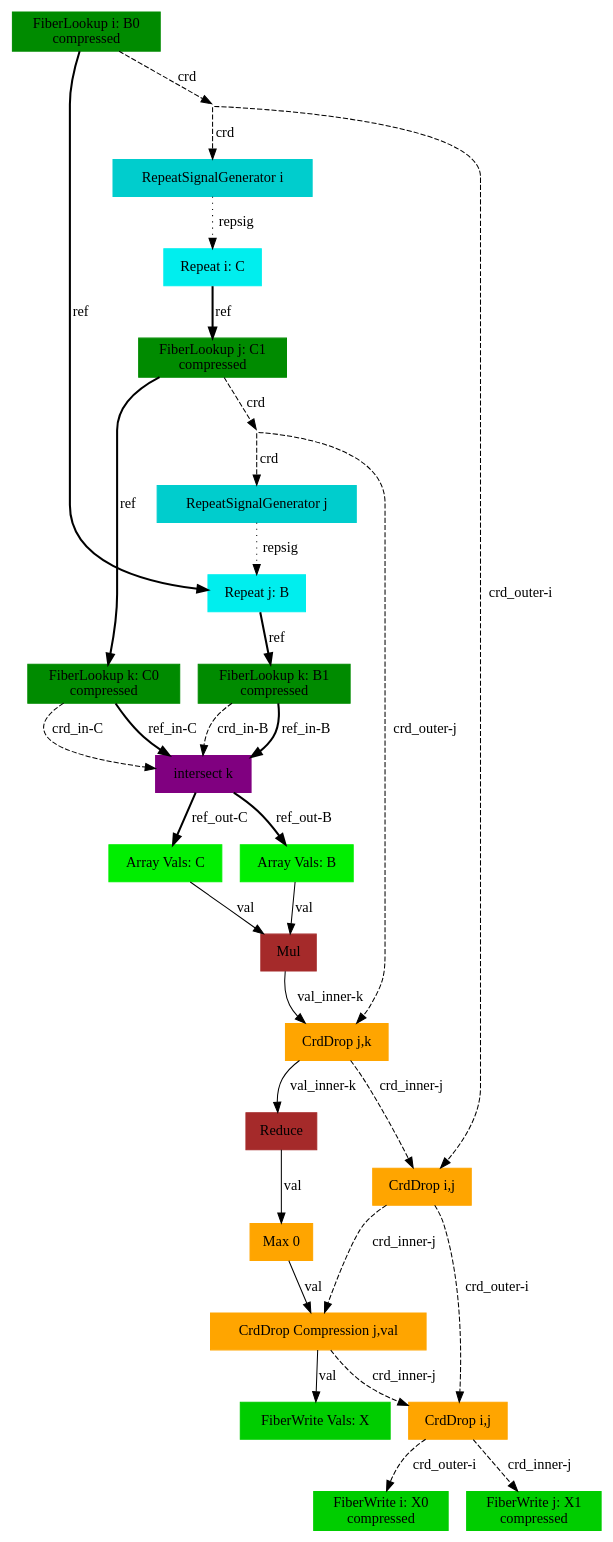
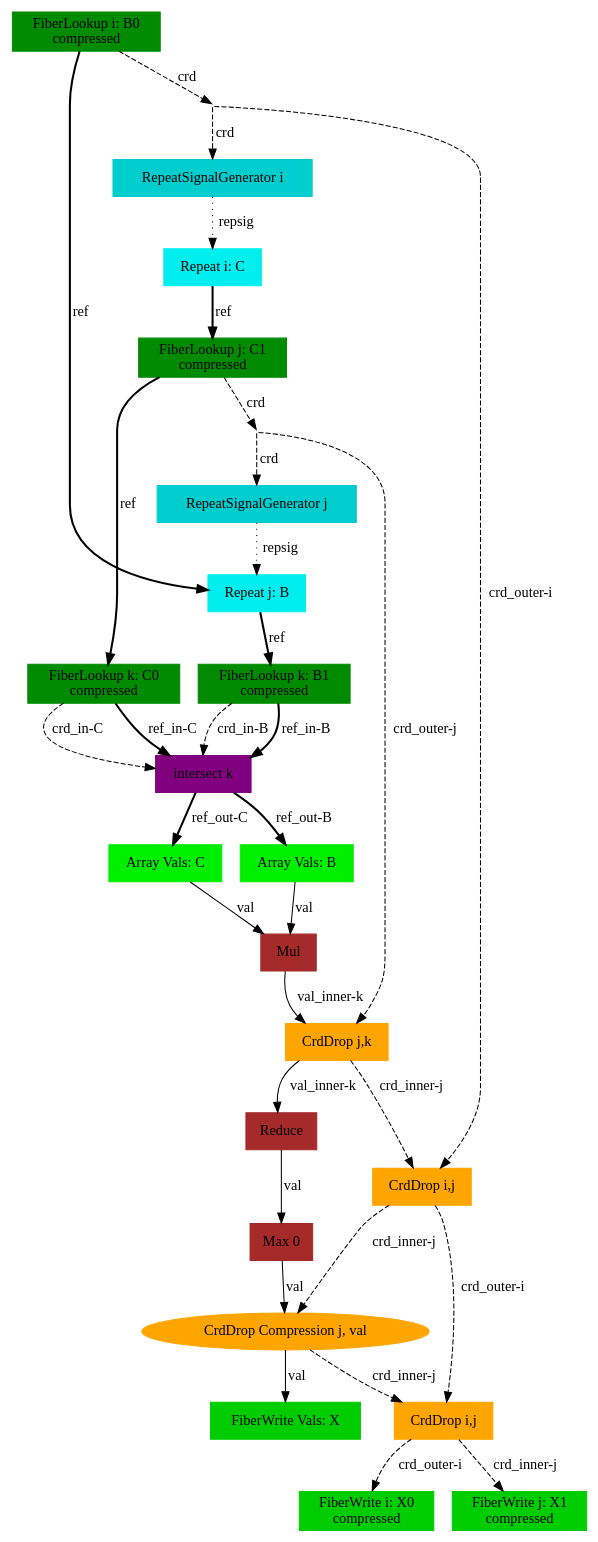
Before and after one commit to weiya711/sam: the diagram in compiler/sam-outputs/opal-dot/matmul_ijk_crddrop_relu.gv, drawn with Graphviz.

Commit message:
updated matmul_ijk_relu graph, now working on rtl

```diff
--- a/compiler/sam-outputs/opal-dot/matmul_ijk_crddrop_relu.gv
+++ b/compiler/sam-outputs/opal-dot/matmul_ijk_crddrop_relu.gv
@@ -1,60 +1,60 @@
 digraph SAM {
     comment="X=ss01,B=ss01,C=ss10"
     17 [comment="type=fiberlookup,index=i,tensor=B,mode=0,format=compressed,src=true,root=true" label="FiberLookup i: B0\ncompressed" color=green4 shape=box style=filled type="fiberlookup" index="i" tensor="B" mode="0" format="compressed" src="true" root="true"]
     16 [comment="type=broadcast" shape=point style=invis type="broadcast"]
     2 [comment="type=fiberwrite,index=i,tensor=X,mode=0,format=compressed,segsize=2,crdsize=B0_dim,sink=true" label="FiberWrite i: X0\ncompressed" color=green3 shape=box style=filled type="fiberwrite" index="i" tensor="X" mode="0" format="compressed" segsize="2" crdsize="B0_dim" sink="true"]
     15 [comment="type=repsiggen,index=i" label="RepeatSignalGenerator i" color=cyan3 shape=box style=filled type="repsiggen" index="i"]
     14 [comment="type=repeat,index=i,tensor=C,root=true" label="Repeat i: C" color=cyan2 shape=box style=filled type="repeat" index="i" tensor="C" root="true"]
     13 [comment="type=fiberlookup,index=j,tensor=C,mode=1,format=compressed,src=true,root=false" label="FiberLookup j: C1\ncompressed" color=green4 shape=box style=filled type="fiberlookup" index="j" tensor="C" mode="1" format="compressed" src="true" root="false"]
     12 [comment="type=broadcast" shape=point style=invis type="broadcast"]
     1 [comment="type=fiberwrite,index=j,tensor=X,mode=1,format=compressed,segsize=B0_dim+1,crdsize=B0_dim*C1_dim,sink=true" label="FiberWrite j: X1\ncompressed" color=green3 shape=box style=filled type="fiberwrite" index="j" tensor="X" mode="1" format="compressed" segsize="B0_dim+1" crdsize="B0_dim*C1_dim" sink="true"]
     11 [comment="type=repsiggen,index=j" label="RepeatSignalGenerator j" color=cyan3 shape=box style=filled type="repsiggen" index="j"]
     10 [comment="type=repeat,index=j,tensor=B,root=false" label="Repeat j: B" color=cyan2 shape=box style=filled type="repeat" index="j" tensor="B" root="false"]
     8 [comment="type=fiberlookup,index=k,tensor=B,mode=1,format=compressed,src=true,root=false" label="FiberLookup k: B1\ncompressed" color=green4 shape=box style=filled type="fiberlookup" index="k" tensor="B" mode="1" format="compressed" src="true" root="false"]
     7 [comment="type=intersect,index=k" label="intersect k" color=purple shape=box style=filled type="intersect" index="k"]
     5 [comment="type=arrayvals,tensor=B" label="Array Vals: B" color=green2 shape=box style=filled type="arrayvals" tensor="B"]
     4 [comment="type=mul" label="Mul" color=brown shape=box style=filled type="mul"]
     3 [comment="type=reduce" label="Reduce" color=brown shape=box style=filled type="reduce"]
     0 [comment="type=fiberwrite,mode=vals,tensor=X,size=1*B0_dim*C1_dim,sink=true" label="FiberWrite Vals: X" color=green3 shape=box style=filled type="fiberwrite" tensor="X" mode="vals" size="1*B0_dim*C1_dim" sink="true"]
     6 [comment="type=arrayvals,tensor=C" label="Array Vals: C" color=green2 shape=box style=filled type="arrayvals" tensor="C"]
     9 [comment="type=fiberlookup,index=k,tensor=C,mode=0,format=compressed,src=true,root=false" label="FiberLookup k: C0\ncompressed" color=green4 shape=box style=filled type="fiberlookup" index="k" tensor="C" mode="0" format="compressed" src="true" root="false"]
     18 [comment="type=crddrop,outer=i,inner=j" label="CrdDrop i,j" color=orange shape=box style=filled type="crddrop" outer="i" inner="j"]
     19 [comment="type=crddrop,outer=j,inner=k" label="CrdDrop j,k" color=orange shape=box style=filled type="crddrop" outer="j" inner="k"]
-    20 [comment="type=max" label="Max 0" color=orange shape=box style=filled type="max"]
-    21 [comment="type=crddrop,outer=j,inner=val,mode=0" label="CrdDrop Compression j,val" color=orange shape=box style=filled type="crddrop" outer="j" inner="val" mode="1"]
+    20 [comment="type=max" label="Max 0" color=brown shape=box style=filled type="max"]
+    21 [comment="type=crddrop,outer=j,inner=val,mode=0" label="CrdDrop Compression j, val" color=orange style=filled type="crddrop" outer="j" inner="val" mode="0"]
     22 [comment="type=crddrop,outer=i,inner=j" label="CrdDrop i,j" color=orange shape=box style=filled type="crddrop" outer="i" inner="j"]
     17 -> 16 [label="crd" style=dashed type="crd" comment=""]
     16 -> 15 [label="crd" style=dashed type="crd"]
     15 -> 14 [label="repsig" style=dotted type="repsig"]
     14 -> 13 [label="ref" style=bold type="ref"]
     13 -> 12 [label="crd" style=dashed type="crd" comment=""]
     12 -> 11 [label="crd" style=dashed type="crd"]
     11 -> 10 [label="repsig" style=dotted type="repsig"]
     10 -> 8 [label="ref" style=bold type="ref"]
     8 -> 7 [label="crd_in-B" style=dashed type="crd" comment="in-B"]
     7 -> 5 [label="ref_out-B" style=bold type="ref" comment="out-B"]
     5 -> 4 [label="val" type="val"]
     7 -> 6 [label="ref_out-C" style=bold type="ref" comment="out-C"]
     6 -> 4 [label="val" type="val"]
     8 -> 7 [label="ref_in-B" style=bold type="ref" comment="in-B"]
     13 -> 9 [label="ref" style=bold type="ref" comment=""]
     9 -> 7 [label="crd_in-C" style=dashed type="crd" comment="in-C"]
     9 -> 7 [label="ref_in-C" style=bold type="ref" comment="in-C"]
     17 -> 10 [label="ref" style=bold type="ref" comment=""]
     
     4 -> 19 [label="val_inner-k" type="val" comment="inner-k"]
     12 -> 19 [label="crd_outer-j" style=dashed type="crd" comment="outer-j"]
     19 -> 3 [label="val_inner-k" type="val" comment="inner-k"]
     3 -> 20 [label="val" type="val" comment="val"]
-    20 -> 21 [label="val" type="val" comment="relu-val"]
-    18 -> 21 [label="crd_inner-j" style=dashed type="crd" comment="inner-j"]
-    21 -> 22 [label="crd_inner-j" style=dashed type="crd" comment="inner-j"]
+    20 -> 21 [label="val" type="val" comment="inner-val"]
+    18 -> 21 [label="crd_inner-j" style=dashed type="crd" comment="outer-j"]
+    21 -> 22 [label="crd_inner-j" style=dashed type="crd" comment="outer-j"]
     18 -> 22 [label="crd_outer-i" style=dashed type="crd" comment="outer-i"] 
 
     19 -> 18 [label="crd_inner-j" style=dashed type="crd" comment="inner-j"] 
     16 -> 18 [label="crd_outer-i" style=dashed type="crd" comment="outer-i"]
-    21 -> 0 [label="val" type="val"]
+    21 -> 0 [label="val" type="val" comment="inner-val"]
     
     22 -> 2 [label="crd_outer-i" style=dashed type="crd" comment="outer-i"] 
     22 -> 1 [label="crd_inner-j" style=dashed type="crd" comment="inner-j"]
 }
```
